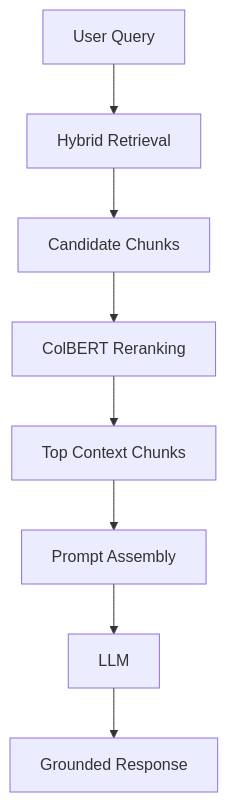
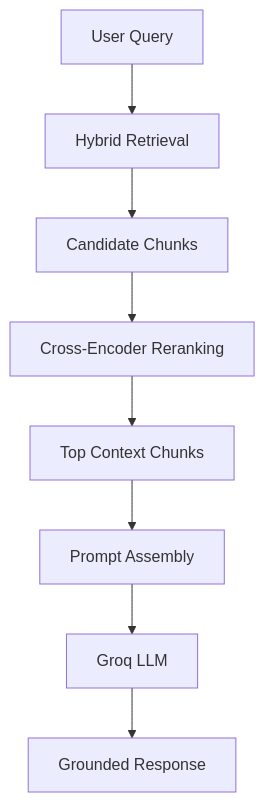
The fourth of 15 diagrams in _posts/2026-03-25-building-a-rag-chatbot-how-to-choose-each-component-and-why.markdown (madushanl/madushanl.github.io), drawn with Mermaid before and after one commit. The commit also changed other lines of this file, not shown here.

Commit message:
Refine RAG chatbot article to reflect updated architecture and component choices, emphasizing a cloud-first design. Adjusted terminology for clarity and improved the ingestion and query-time answering sections.

````diff
--- a/_posts/2026-03-25-building-a-rag-chatbot-how-to-choose-each-component-and-why.markdown
+++ b/_posts/2026-03-25-building-a-rag-chatbot-how-to-choose-each-component-and-why.markdown
@@ -101,10 +100,10 @@
 ```mermaid
 flowchart TD
     A[User Query] --> B[Hybrid Retrieval]
     B --> C[Candidate Chunks]
-    C --> D[ColBERT Reranking]
+    C --> D[Cross-Encoder Reranking]
     D --> E[Top Context Chunks]
     E --> F[Prompt Assembly]
-    F --> G[LLM]
+    F --> G[Groq LLM]
     G --> H[Grounded Response]
 ```
````
